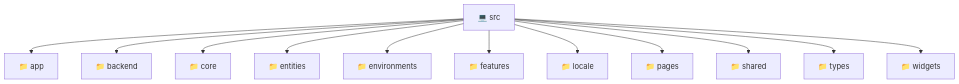
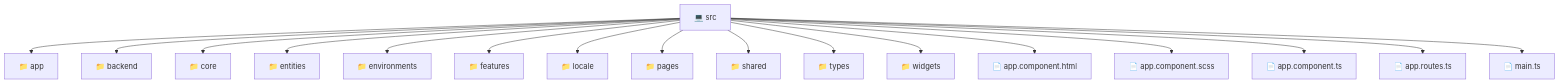
One commit to beginwebdev2002/fullstack-mavluda changed the diagram in frontend/src/README.md. Above: the diagram before and after it, drawn with Mermaid. The commit also changed other lines of this file and 165 other files, not shown here.

First line of the commit message:
docs: generate localized architectural READMEs

````diff
--- a/frontend/src/README.md
+++ b/frontend/src/README.md
@@ -9,15 +9,20 @@
 ```mermaid
 graph TD
-  Root["💻 src"]
-  Root --> app["📁 app"]
-  Root --> backend["📁 backend"]
-  Root --> core["📁 core"]
-  Root --> entities["📁 entities"]
-  Root --> environments["📁 environments"]
-  Root --> features["📁 features"]
-  Root --> locale["📁 locale"]
-  Root --> pages["📁 pages"]
-  Root --> shared["📁 shared"]
-  Root --> types["📁 types"]
-  Root --> widgets["📁 widgets"]
+  src["💻 src"]
+  src --> app["📁 app"]
+  src --> backend["📁 backend"]
+  src --> core["📁 core"]
+  src --> entities["📁 entities"]
+  src --> environments["📁 environments"]
+  src --> features["📁 features"]
+  src --> locale["📁 locale"]
+  src --> pages["📁 pages"]
+  src --> shared["📁 shared"]
+  src --> types["📁 types"]
+  src --> widgets["📁 widgets"]
+  src --> app_component_html["📄 app.component.html"]
+  src --> app_component_scss["📄 app.component.scss"]
+  src --> app_component_ts["📄 app.component.ts"]
+  src --> app_routes_ts["📄 app.routes.ts"]
+  src --> main_ts["📄 main.ts"]
 ```
````
